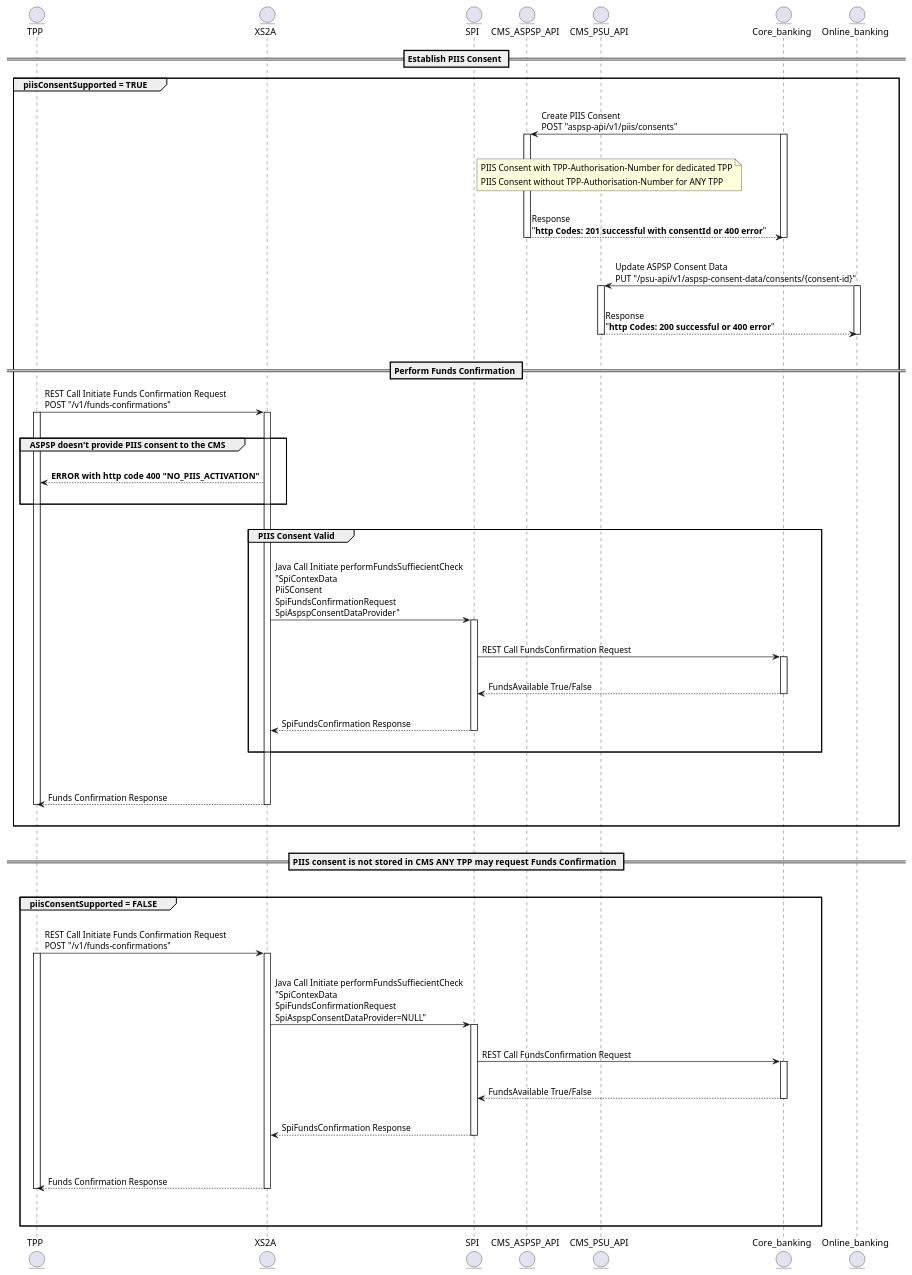
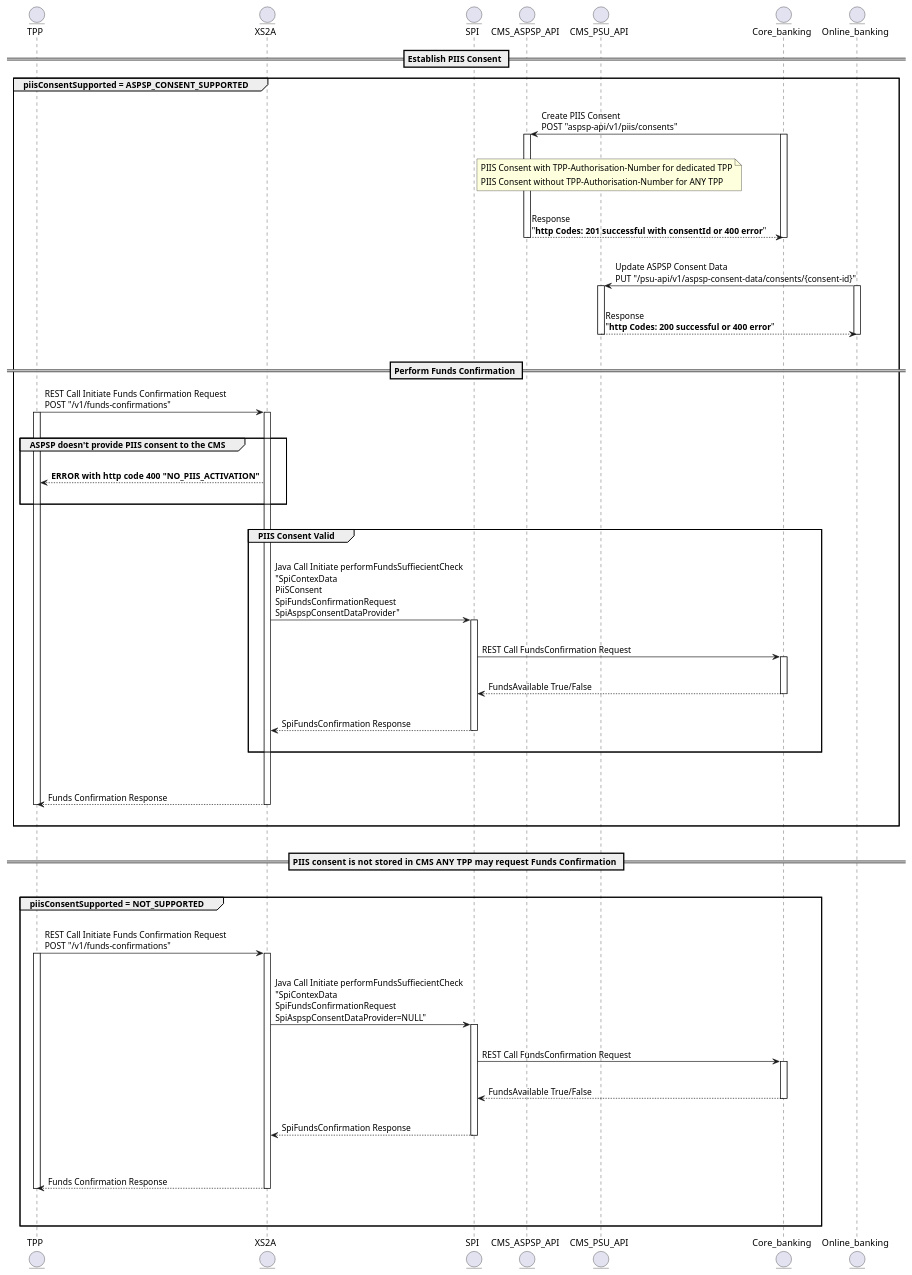
Before and after one commit to adorsys/xs2a: the diagram in doc/usecases/diagrams/PIIS.puml, drawn with PlantUML. The commit also changed 33 other files, not shown here.

```diff
--- a/doc/usecases/diagrams/PIIS.puml
+++ b/doc/usecases/diagrams/PIIS.puml
@@ -1,96 +1,96 @@
 @startuml
 entity TPP as tpp
 entity XS2A as xs2a
 entity SPI as spi
 entity CMS_ASPSP_API as cms
 entity CMS_PSU_API as cmspsu
 entity Core_banking as cb
 entity Online_banking as ob
 == Establish PIIS Consent ==
-group piisConsentSupported = TRUE
+group piisConsentSupported = ASPSP_CONSENT_SUPPORTED
 |||
 cb->cms: Create PIIS Consent\nPOST "aspsp-api/v1/piis/consents"
 |||
 note right of spi
 PIIS Consent with TPP-Authorisation-Number for dedicated TPP
 |||
 PIIS Consent without TPP-Authorisation-Number for ANY TPP
 end note
 activate cb
 activate cms
 |||
 cms-->cb: Response\n"**http Codes: 201 successful with consentId or 400 error**"
 |||
 deactivate cms
 deactivate cb
 ob->cmspsu: Update ASPSP Consent Data\nPUT "/psu-api/v1/aspsp-consent-data/consents/{consent-id}"
 activate cmspsu
 activate ob
 |||
 cmspsu-->ob: Response\n"**http Codes: 200 successful or 400 error**"
 deactivate cmspsu
 deactivate ob
 |||
 ==Perform Funds Confirmation ==
 
 tpp -> xs2a: REST Call Initiate Funds Confirmation Request\nPOST "/v1/funds-confirmations"
 activate tpp
 activate xs2a
 |||
 group ASPSP doesn't provide PIIS consent to the CMS
 |||
 xs2a-->tpp: **ERROR with http code 400 "NO_PIIS_ACTIVATION"**
 |||
 end
 |||
 group PIIS Consent Valid
 |||
 xs2a->spi: Java Call Initiate performFundsSuffiecientCheck\n"SpiContexData\nPiiSConsent\nSpiFundsConfirmationRequest\nSpiAspspConsentDataProvider"
 activate spi
 |||
 spi->cb: REST Call FundsConfirmation Request
 activate cb
 |||
 cb-->spi: FundsAvailable True/False
 deactivate cb
 |||
 spi-->xs2a: SpiFundsConfirmation Response
 deactivate spi
 |||
 end
 |||
 |||
 xs2a-->tpp:Funds Confirmation Response
 deactivate xs2a
 deactivate tpp
 |||
 end
 |||
 == PIIS consent is not stored in CMS    ANY TPP may request Funds Confirmation ==
 |||
-group piisConsentSupported = FALSE
+group piisConsentSupported = NOT_SUPPORTED
 |||
 tpp -> xs2a: REST Call Initiate Funds Confirmation Request\nPOST "/v1/funds-confirmations"
 activate xs2a
 activate tpp
 |||
 xs2a->spi: Java Call Initiate performFundsSuffiecientCheck\n"SpiContexData\nSpiFundsConfirmationRequest\nSpiAspspConsentDataProvider=NULL"
 activate spi
 |||
 spi->cb: REST Call FundsConfirmation Request
 activate cb
 |||
 cb-->spi: FundsAvailable True/False
 deactivate cb
 |||
 spi-->xs2a: SpiFundsConfirmation Response
 |||
 deactivate spi
 |||
 xs2a-->tpp:Funds Confirmation Response
 |||
 deactivate xs2a
 deactivate tpp
 |||
 end
 @enduml
```
